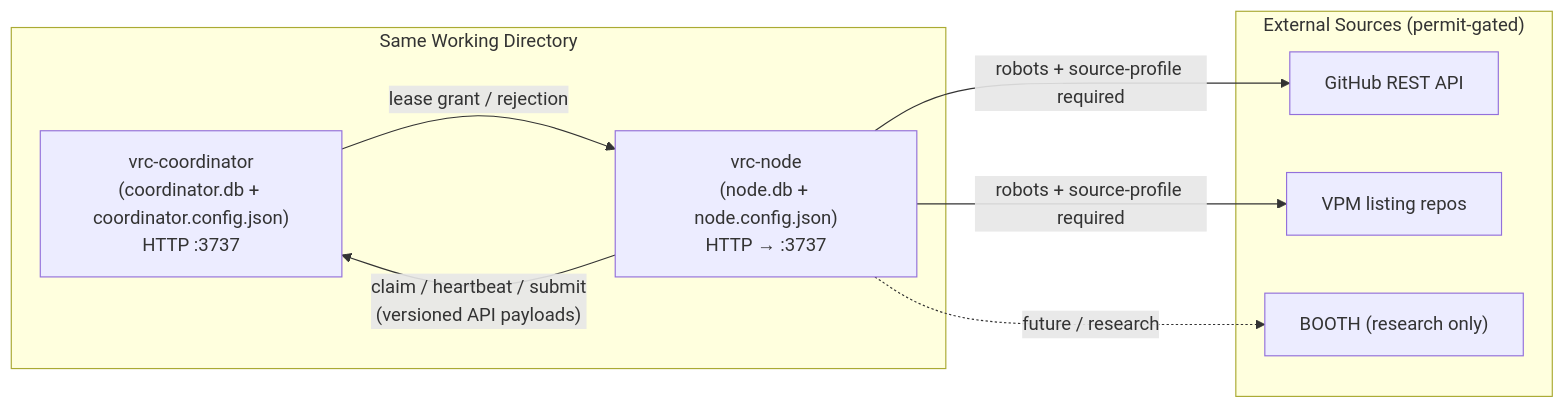
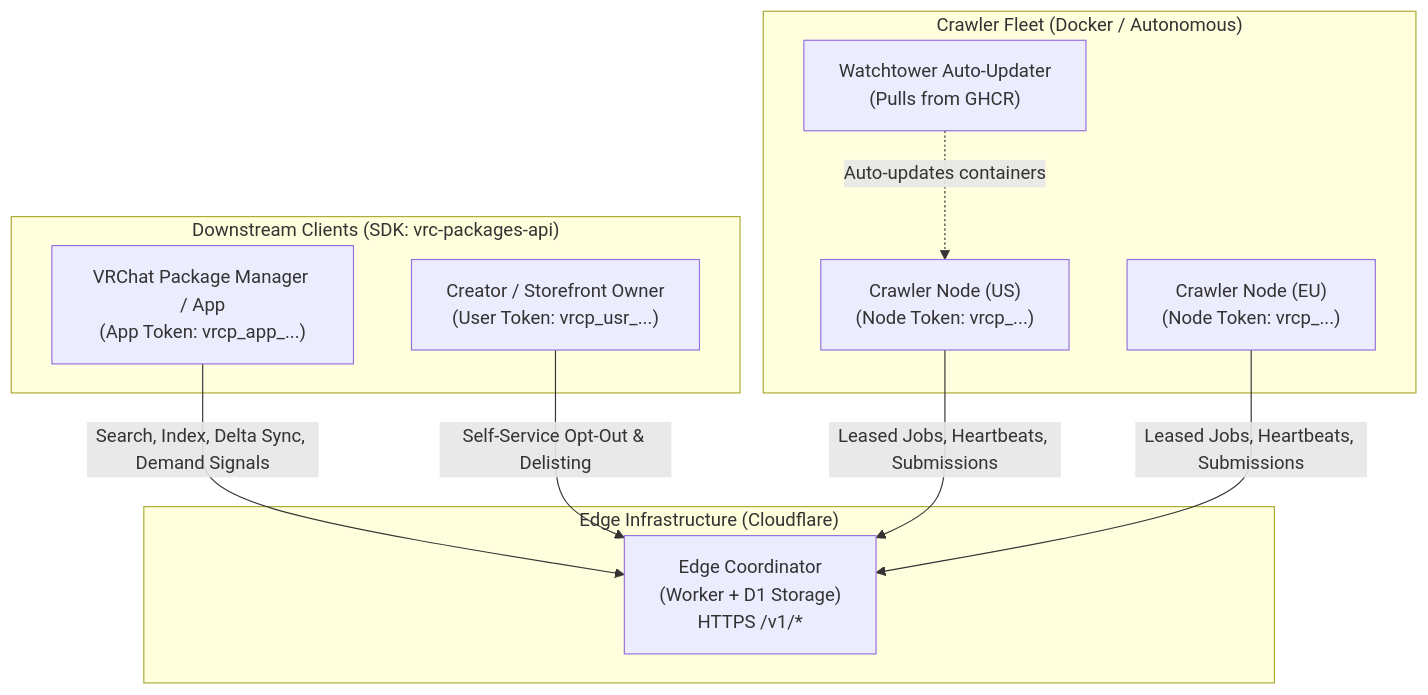
Before and after one commit to SlamTheDragon/vrc-package-crawler: the diagram in DELEGATES.md, drawn with Mermaid. The commit also changed other lines of this file and 12 other files, not shown here.

````diff
--- a/DELEGATES.md
+++ b/DELEGATES.md
@@ -16,20 +14,23 @@
 ```mermaid
-flowchart LR
-    subgraph "Same Working Directory"
-        COORD["vrc-coordinator\n(coordinator.db + coordinator.config.json)\nHTTP :3737"]
-        NODE["vrc-node\n(node.db + node.config.json)\nHTTP → :3737"]
+flowchart TD
+    subgraph "Edge Infrastructure (Cloudflare)"
+        COORD["Edge Coordinator\n(Worker + D1 Storage)\nHTTPS /v1/*"]
     end
 
-    NODE -->|"claim / heartbeat / submit\n(versioned API payloads)"| COORD
-    COORD -->|"lease grant / rejection"| NODE
-
-    subgraph "External Sources (permit-gated)"
-        GITHUB["GitHub REST API"]
-        VPM["VPM listing repos"]
-        BOOTH["BOOTH (research only)"]
+    subgraph "Downstream Clients (SDK: vrc-packages-api)"
+        APP["VRChat Package Manager / App\n(App Token: vrcp_app_...)"]
+        CREATOR["Creator / Storefront Owner\n(User Token: vrcp_usr_...)"]
     end
 
-    NODE -->|"robots + source-profile required"| GITHUB
-    NODE -->|"robots + source-profile required"| VPM
-    NODE -.->|"future / research"| BOOTH
+    subgraph "Crawler Fleet (Docker / Autonomous)"
+        NODE1["Crawler Node (US)\n(Node Token: vrcp_...)"]
+        NODE2["Crawler Node (EU)\n(Node Token: vrcp_...)"]
+        WATCH["Watchtower Auto-Updater\n(Pulls from GHCR)"]
+    end
+
+    APP -->|"Search, Index, Delta Sync, Demand Signals"| COORD
+    CREATOR -->|"Self-Service Opt-Out & Delisting"| COORD
+    NODE1 -->|"Leased Jobs, Heartbeats, Submissions"| COORD
+    NODE2 -->|"Leased Jobs, Heartbeats, Submissions"| COORD
+    WATCH -.->|"Auto-updates containers"| NODE1
 ```
````
